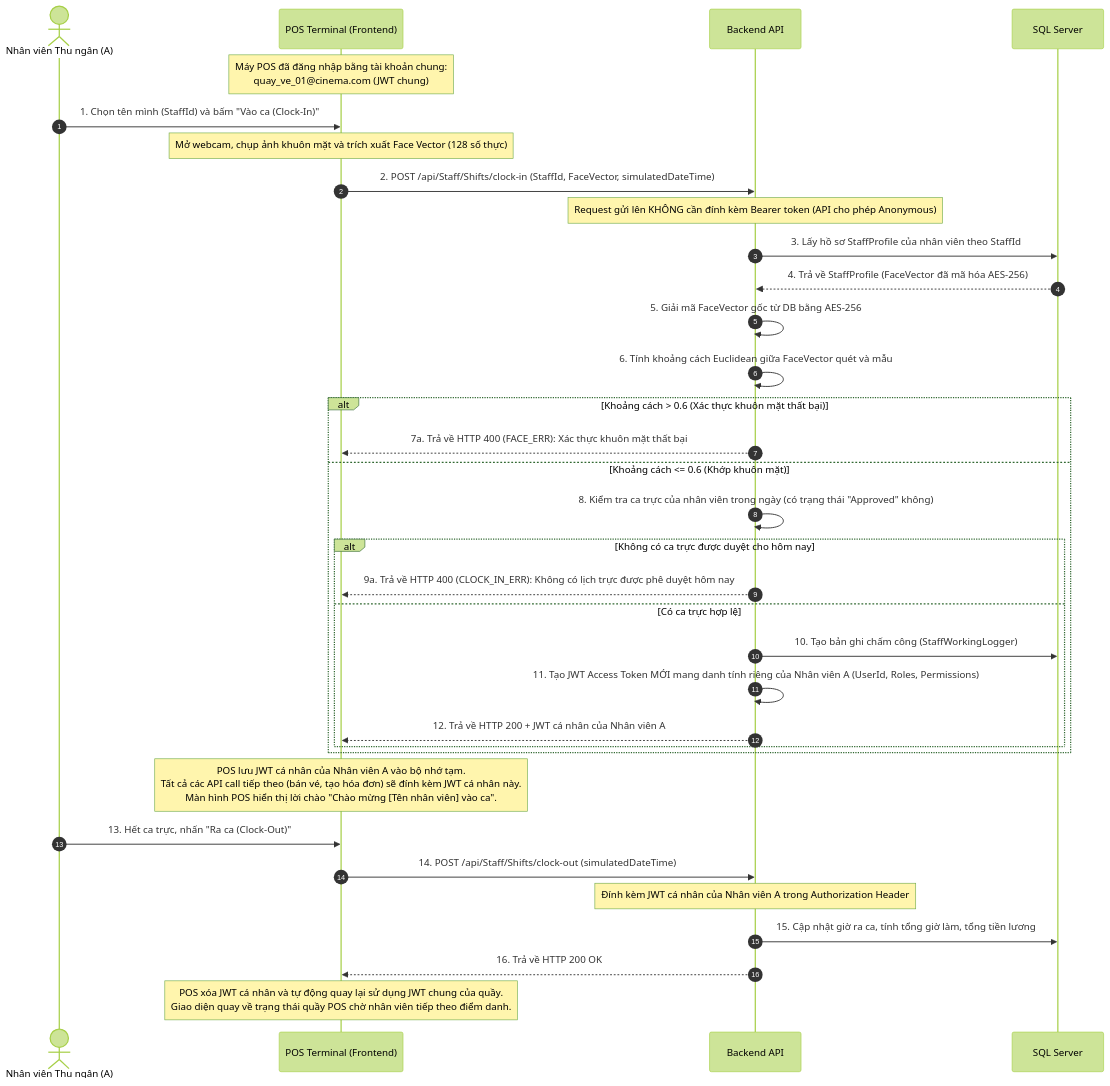
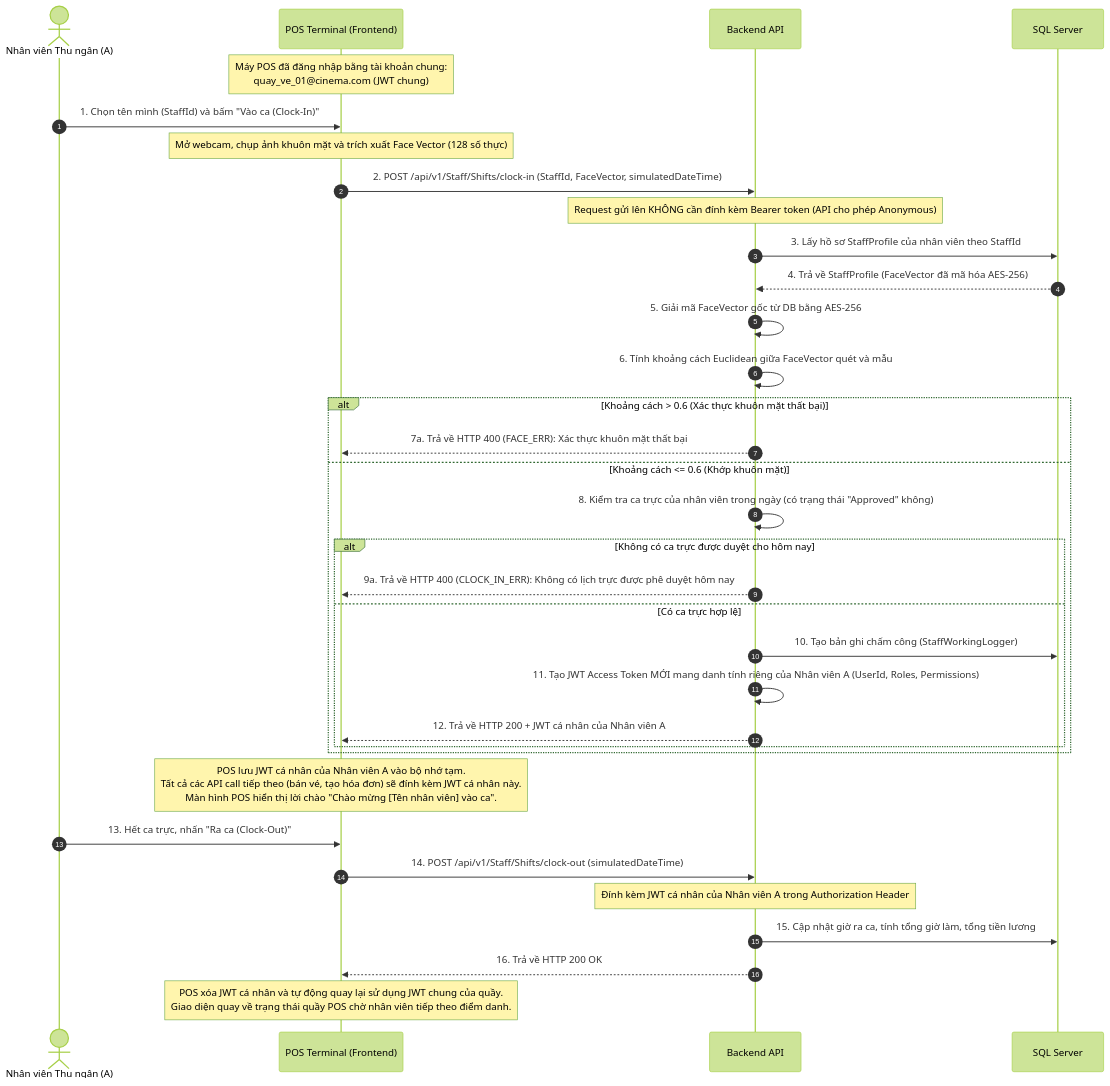
One commit to duc19092005/galaxiad-cinema-core changed the diagram in docs/dev/api_integration_guide_fe.md. Above: the diagram before and after it, drawn with Mermaid (forest theme). The commit also changed other lines of this file and 5 other files, not shown here.

````diff
--- a/docs/dev/api_integration_guide_fe.md
+++ b/docs/dev/api_integration_guide_fe.md
@@ -65,44 +65,44 @@
 ```mermaid
 sequenceDiagram
     autonumber
     actor Staff as Nhân viên Thu ngân (A)
     participant POS as POS Terminal (Frontend)
     participant BE as Backend API
     participant DB as SQL Server
 
     Note over POS: Máy POS đã đăng nhập bằng tài khoản chung:<br/>quay_ve_01@cinema.com (JWT chung)
     
     Staff->>POS: 1. Chọn tên mình (StaffId) và bấm "Vào ca (Clock-In)"
     Note over POS: Mở webcam, chụp ảnh khuôn mặt và trích xuất Face Vector (128 số thực)
     
-    POS->>BE: 2. POST /api/Staff/Shifts/clock-in (StaffId, FaceVector, simulatedDateTime)
+    POS->>BE: 2. POST /api/v1/Staff/Shifts/clock-in (StaffId, FaceVector, simulatedDateTime)
     Note over BE: Request gửi lên KHÔNG cần đính kèm Bearer token (API cho phép Anonymous)
     
     BE->>DB: 3. Lấy hồ sơ StaffProfile của nhân viên theo StaffId
     DB-->>BE: 4. Trả về StaffProfile (FaceVector đã mã hóa AES-256)
     
     BE->>BE: 5. Giải mã FaceVector gốc từ DB bằng AES-256
     BE->>BE: 6. Tính khoảng cách Euclidean giữa FaceVector quét và mẫu
     
     alt Khoảng cách > 0.6 (Xác thực khuôn mặt thất bại)
         BE-->>POS: 7a. Trả về HTTP 400 (FACE_ERR): Xác thực khuôn mặt thất bại
     else Khoảng cách <= 0.6 (Khớp khuôn mặt)
         BE->>BE: 8. Kiểm tra ca trực của nhân viên trong ngày (có trạng thái "Approved" không)
         alt Không có ca trực được duyệt cho hôm nay
             BE-->>POS: 9a. Trả về HTTP 400 (CLOCK_IN_ERR): Không có lịch trực được phê duyệt hôm nay
         else Có ca trực hợp lệ
             BE->>DB: 10. Tạo bản ghi chấm công (StaffWorkingLogger)
             BE->>BE: 11. Tạo JWT Access Token MỚI mang danh tính riêng của Nhân viên A (UserId, Roles, Permissions)
             BE-->>POS: 12. Trả về HTTP 200 + JWT cá nhân của Nhân viên A
         end
     end
     
     Note over POS: POS lưu JWT cá nhân của Nhân viên A vào bộ nhớ tạm.<br/>Tất cả các API call tiếp theo (bán vé, tạo hóa đơn) sẽ đính kèm JWT cá nhân này.<br/>Màn hình POS hiển thị lời chào "Chào mừng [Tên nhân viên] vào ca".
     
     Staff->>POS: 13. Hết ca trực, nhấn "Ra ca (Clock-Out)"
-    POS->>BE: 14. POST /api/Staff/Shifts/clock-out (simulatedDateTime)
+    POS->>BE: 14. POST /api/v1/Staff/Shifts/clock-out (simulatedDateTime)
     Note over BE: Đính kèm JWT cá nhân của Nhân viên A trong Authorization Header
     BE->>DB: 15. Cập nhật giờ ra ca, tính tổng giờ làm, tổng tiền lương
     BE-->>POS: 16. Trả về HTTP 200 OK
     Note over POS: POS xóa JWT cá nhân và tự động quay lại sử dụng JWT chung của quầy.<br/>Giao diện quay về trạng thái quầy POS chờ nhân viên tiếp theo điểm danh.
 ```
````
